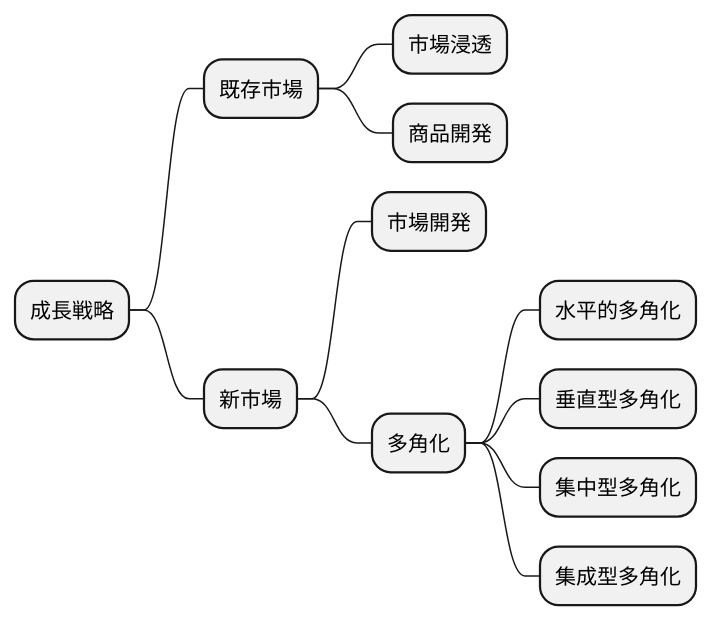
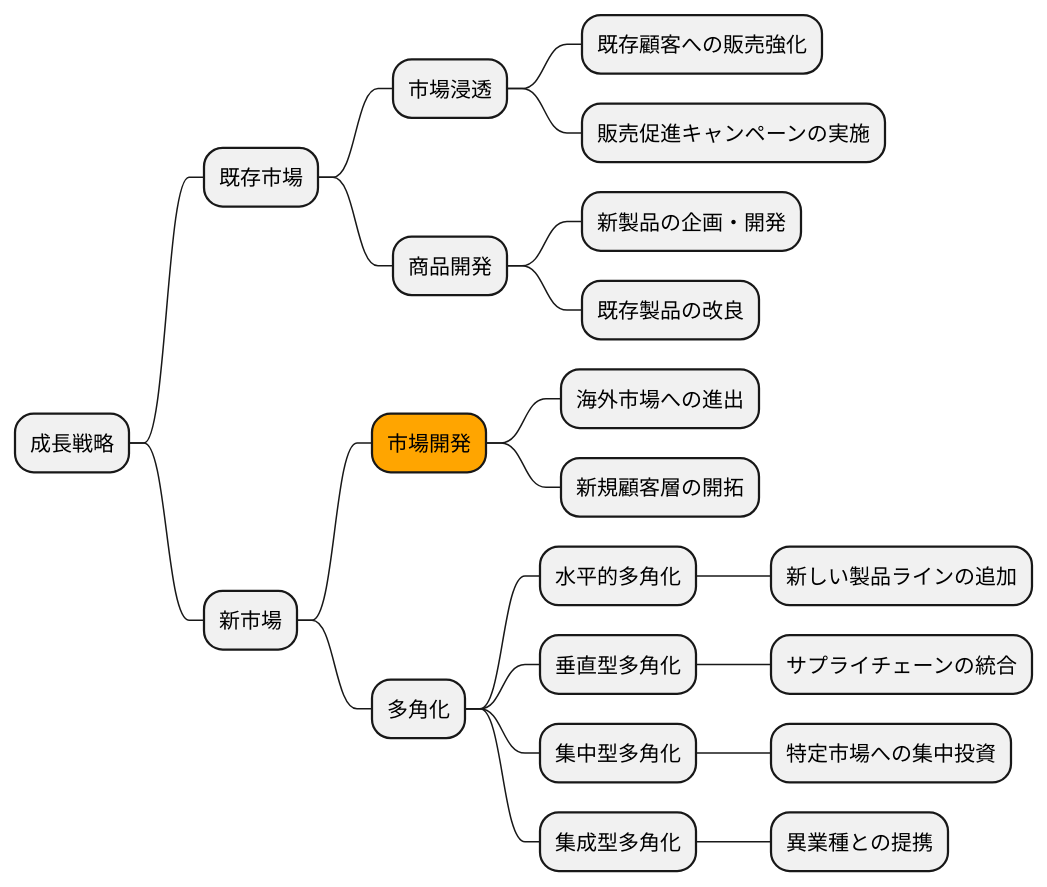
Before and after one commit to k2works/case-sutudy-business-analysis: the sixth of 16 diagrams in docs/case/r03_case_3.adoc, drawn with PlantUML. The commit also changed other lines of this file, not shown here.

```diff
--- a/docs/case/r03_case_3.adoc
+++ b/docs/case/r03_case_3.adoc
@@ -187,18 +218,28 @@
 [plantuml]
 ----
 @startmindmap
 
 * 成長戦略
 ** 既存市場
 *** 市場浸透
+**** 既存顧客への販売強化
+**** 販売促進キャンペーンの実施
 *** 商品開発
+**** 新製品の企画・開発
+**** 既存製品の改良
 ** 新市場
-*** 市場開発
+***[#orange] 市場開発
+**** 海外市場への進出
+**** 新規顧客層の開拓
 *** 多角化
 **** 水平的多角化
+***** 新しい製品ラインの追加
 **** 垂直型多角化
+***** サプライチェーンの統合
 **** 集中型多角化
+***** 特定市場への集中投資
 **** 集成型多角化
+***** 異業種との提携
 
 @endmindmap
 ----
```
